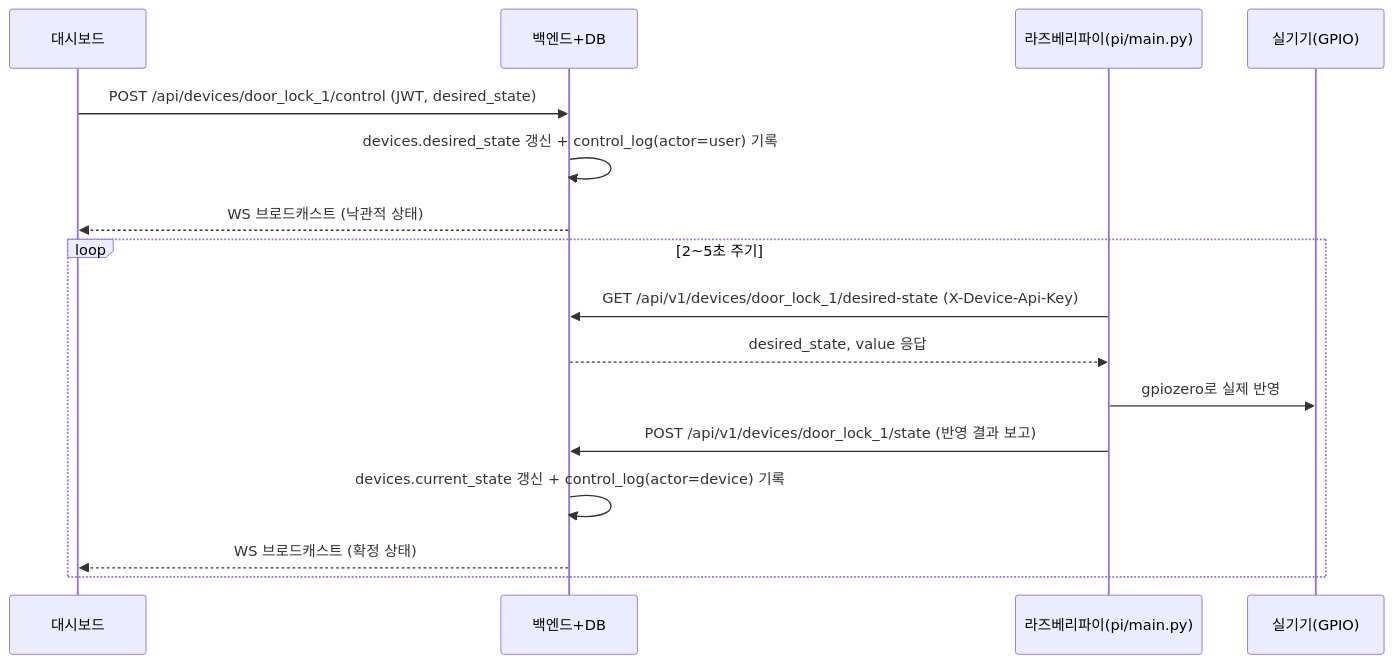
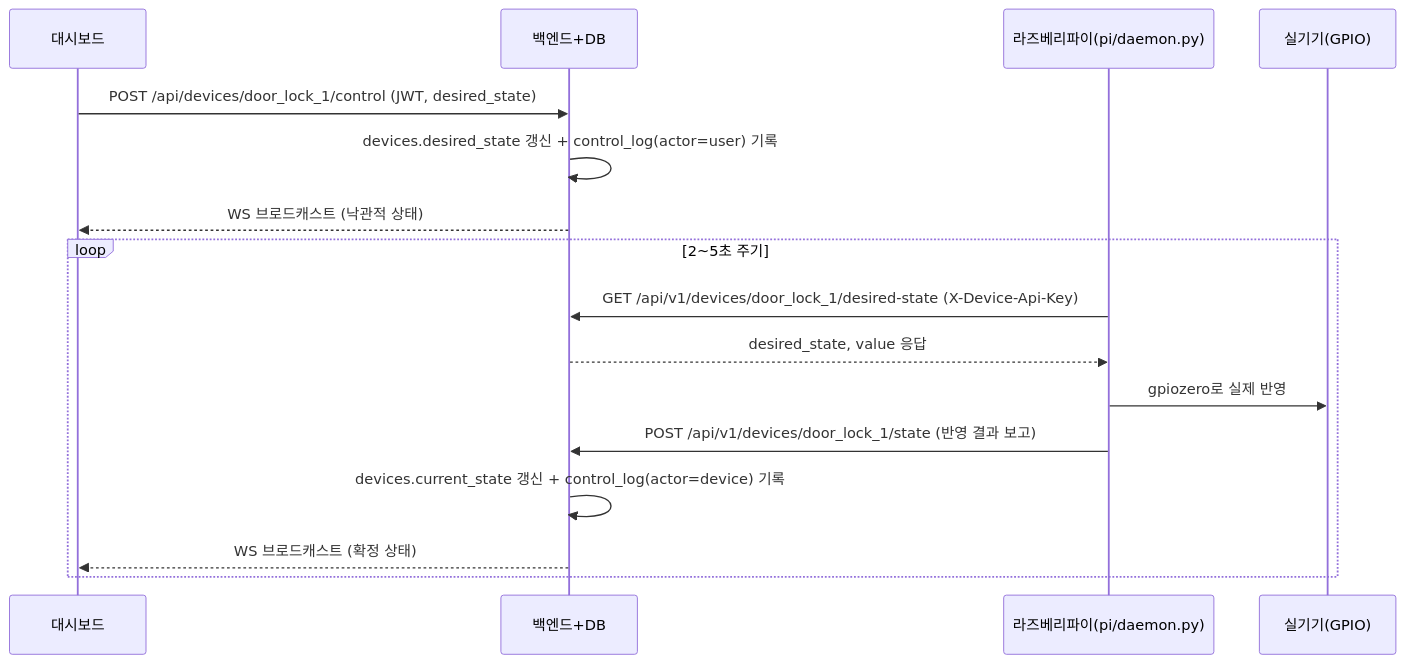
One commit to foxjini/agent-vibe-coding-starter-kit2 changed the second of 2 diagrams in docs/부록A-백엔드-라즈베리파이5-연동-인터페이스-가이드.md. Above: the diagram before and after it, drawn with Mermaid. The commit also changed other lines of this file and 47 other files, not shown here.

````diff
--- a/docs/부록A-백엔드-라즈베리파이5-연동-인터페이스-가이드.md
+++ b/docs/부록A-백엔드-라즈베리파이5-연동-인터페이스-가이드.md
@@ -82,19 +92,19 @@
 ```mermaid
 sequenceDiagram
     participant FE as 대시보드
     participant BE as 백엔드+DB
-    participant PI as 라즈베리파이(pi/main.py)
+    participant PI as 라즈베리파이(pi/daemon.py)
     participant HW as 실기기(GPIO)
 
     FE->>BE: POST /api/devices/door_lock_1/control (JWT, desired_state)
     BE->>BE: devices.desired_state 갱신 + control_log(actor=user) 기록
     BE-->>FE: WS 브로드캐스트 (낙관적 상태)
     loop 2~5초 주기
         PI->>BE: GET /api/v1/devices/door_lock_1/desired-state (X-Device-Api-Key)
         BE-->>PI: desired_state, value 응답
         PI->>HW: gpiozero로 실제 반영
         PI->>BE: POST /api/v1/devices/door_lock_1/state (반영 결과 보고)
         BE->>BE: devices.current_state 갱신 + control_log(actor=device) 기록
         BE-->>FE: WS 브로드캐스트 (확정 상태)
     end
 ```
````
